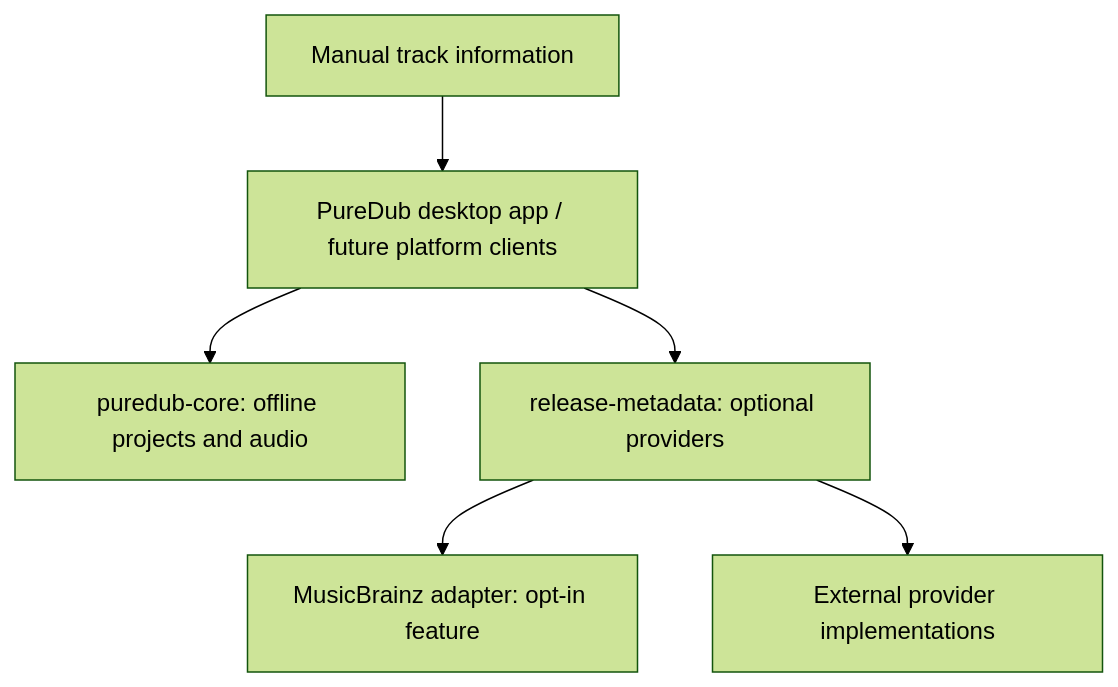
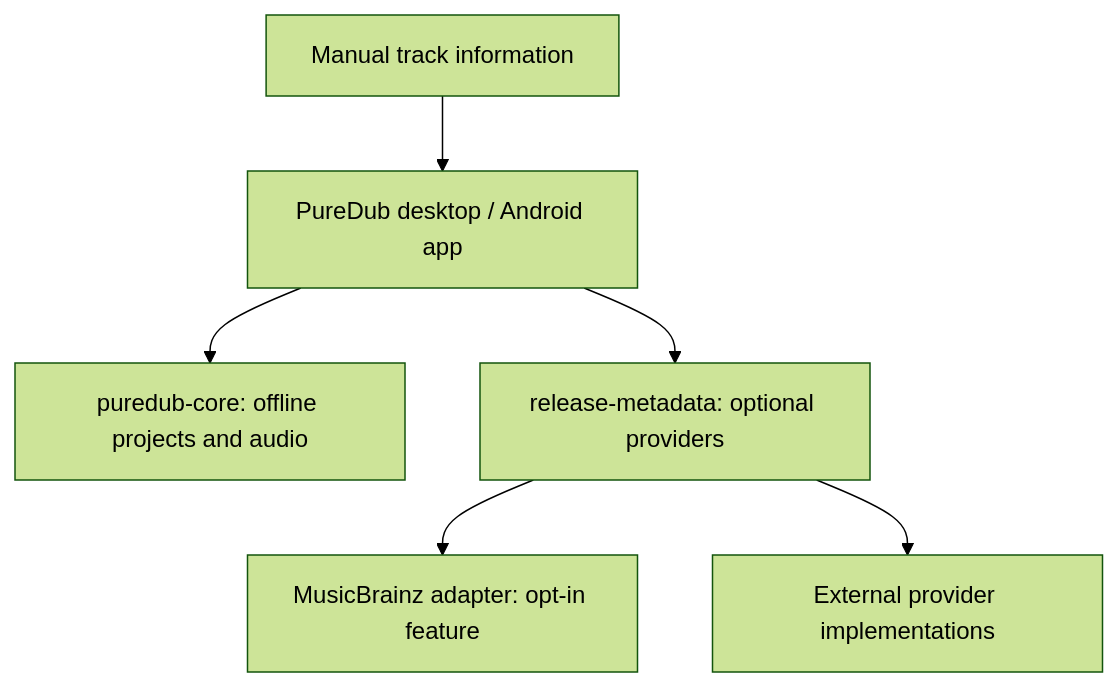
The diagram in ARCHITECTURE.md (bclark/puredub), drawn with Mermaid (forest theme) before and after one commit. The commit also changed other lines of this file and 56 other files, not shown here.

````diff
--- a/ARCHITECTURE.md
+++ b/ARCHITECTURE.md
@@ -6,14 +6,14 @@
 ```mermaid
 flowchart TB
-    App["PureDub desktop app / future platform clients"]
+    App["PureDub desktop / Android app"]
     Core["puredub-core: offline projects and audio"]
     Metadata["release-metadata: optional providers"]
     MB["MusicBrainz adapter: opt-in feature"]
     Other["External provider implementations"]
     Manual["Manual track information"]
     App --> Core
     App --> Metadata
     Metadata --> MB
     Metadata --> Other
     Manual --> App
 ```
````
